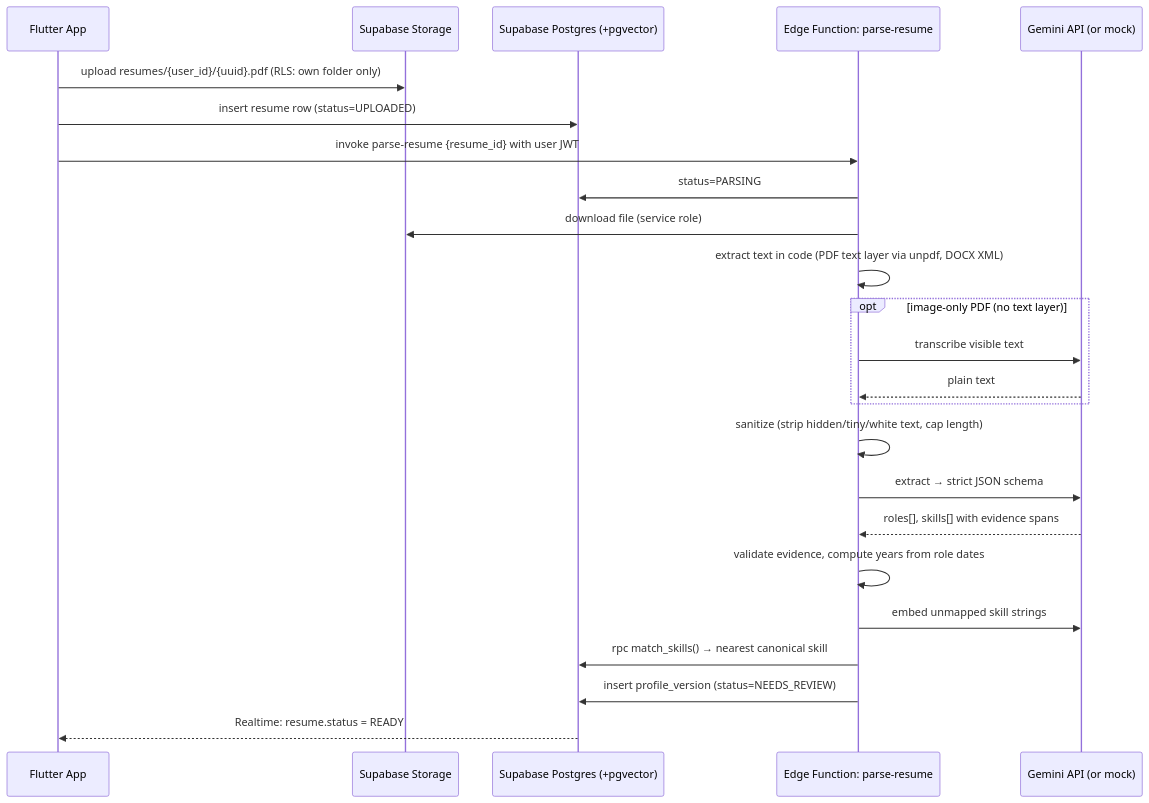
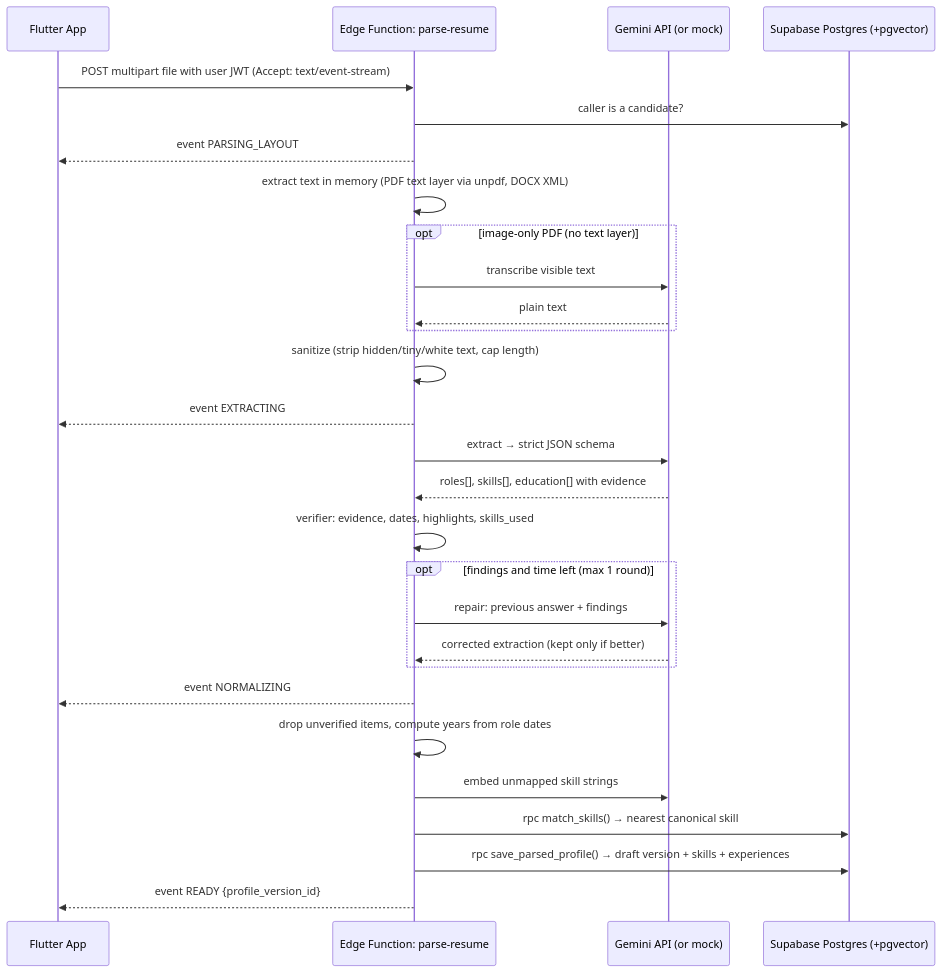
One commit to hope-mcmillen/project5 changed the seventh of 9 diagrams in docs/PRD.md. Above: the diagram before and after it, drawn with Mermaid. The commit also changed other lines of this file and 58 other files, not shown here.

````diff
--- a/docs/PRD.md
+++ b/docs/PRD.md
@@ -330,27 +337,31 @@
 ```mermaid
 sequenceDiagram
     participant App as Flutter App
-    participant ST as Supabase Storage
-    participant DB as Supabase Postgres (+pgvector)
     participant EF as Edge Function: parse-resume
     participant LLM as Gemini API (or mock)
+    participant DB as Supabase Postgres (+pgvector)
 
-    App->>ST: upload resumes/{user_id}/{uuid}.pdf (RLS: own folder only)
-    App->>DB: insert resume row (status=UPLOADED)
-    App->>EF: invoke parse-resume {resume_id} with user JWT
-    EF->>DB: status=PARSING
-    EF->>ST: download file (service role)
-    EF->>EF: extract text in code (PDF text layer via unpdf, DOCX XML)
+    App->>EF: POST multipart file with user JWT (Accept: text/event-stream)
+    EF->>DB: caller is a candidate?
+    EF-->>App: event PARSING_LAYOUT
+    EF->>EF: extract text in memory (PDF text layer via unpdf, DOCX XML)
     opt image-only PDF (no text layer)
         EF->>LLM: transcribe visible text
         LLM-->>EF: plain text
     end
     EF->>EF: sanitize (strip hidden/tiny/white text, cap length)
+    EF-->>App: event EXTRACTING
     EF->>LLM: extract → strict JSON schema
-    LLM-->>EF: roles[], skills[] with evidence spans
-    EF->>EF: validate evidence, compute years from role dates
+    LLM-->>EF: roles[], skills[], education[] with evidence
+    EF->>EF: verifier: evidence, dates, highlights, skills_used
+    opt findings and time left (max 1 round)
+        EF->>LLM: repair: previous answer + findings
+        LLM-->>EF: corrected extraction (kept only if better)
+    end
+    EF-->>App: event NORMALIZING
+    EF->>EF: drop unverified items, compute years from role dates
     EF->>LLM: embed unmapped skill strings
     EF->>DB: rpc match_skills() → nearest canonical skill
-    EF->>DB: insert profile_version (status=NEEDS_REVIEW)
-    DB-->>App: Realtime: resume.status = READY
+    EF->>DB: rpc save_parsed_profile() → draft version + skills + experiences
+    EF-->>App: event READY {profile_version_id}
 ```
````
